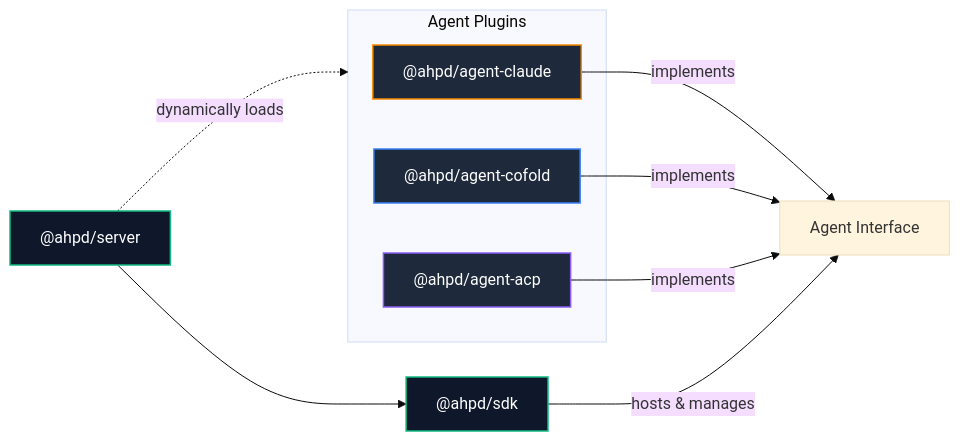
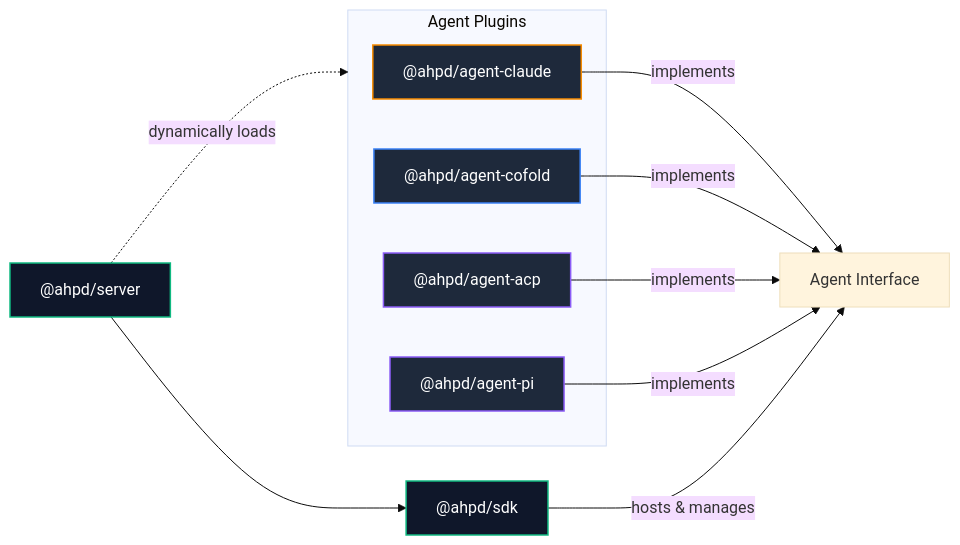
Before and after one commit to softov/ahpd: the second of 2 diagrams in README.md, drawn with Mermaid (base theme). The commit also changed other lines of this file and 51 other files, not shown here.

````diff
--- a/README.md
+++ b/README.md
@@ -316,30 +321,32 @@
 ```mermaid
 flowchart LR
     classDef core fill:#0f172a,stroke:#10b981,stroke-width:1.5px,color:#fff
     classDef plugin fill:#1e293b,stroke:#8b5cf6,stroke-width:1.5px,color:#fff
     classDef claude fill:#1e293b,stroke:#F88c00,stroke-width:1.5px,color:#fff
     classDef cofold fill:#1e293b,stroke:#3b82f6,stroke-width:1.5px,color:#fff
 
     SERVER["@ahpd/server"]
     SDK["@ahpd/sdk"]
 
     subgraph Plugins ["Agent Plugins"]
       CLAUDE["@ahpd/agent-claude"]
       COFOLD["@ahpd/agent-cofold"]
       ACP["@ahpd/agent-acp"]
+      PI["@ahpd/agent-pi"]
     end
 
     SERVER --> SDK
     SERVER -. "dynamically loads" .-> Plugins
 
     CLAUDE -->|"implements"| AGENT["Agent Interface"]
     COFOLD -->|"implements"| AGENT
     ACP -->|"implements"| AGENT
+    PI -->|"implements"| AGENT
 
     SDK -->|"hosts & manages"| AGENT
 
     class SERVER,SDK core
     class CLAUDE claude
     class COFOLD cofold
-    class ACP,CUSTOM plugin
+    class ACP,PI,CUSTOM plugin
 ```
````
